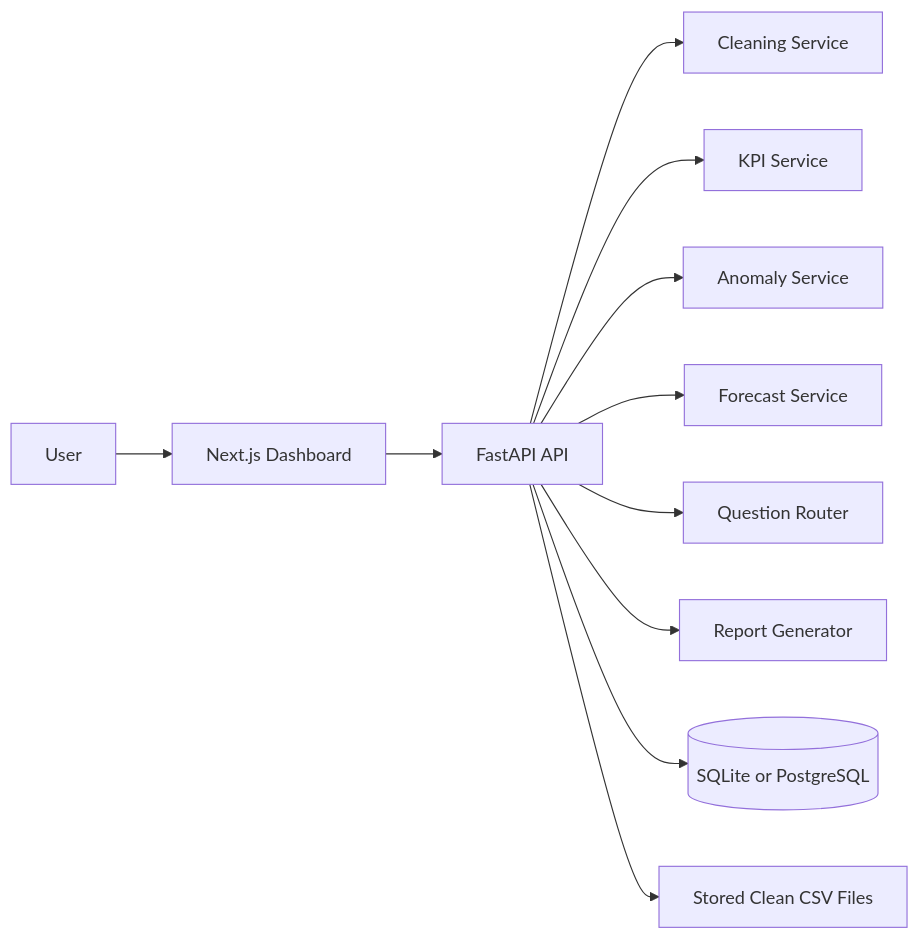
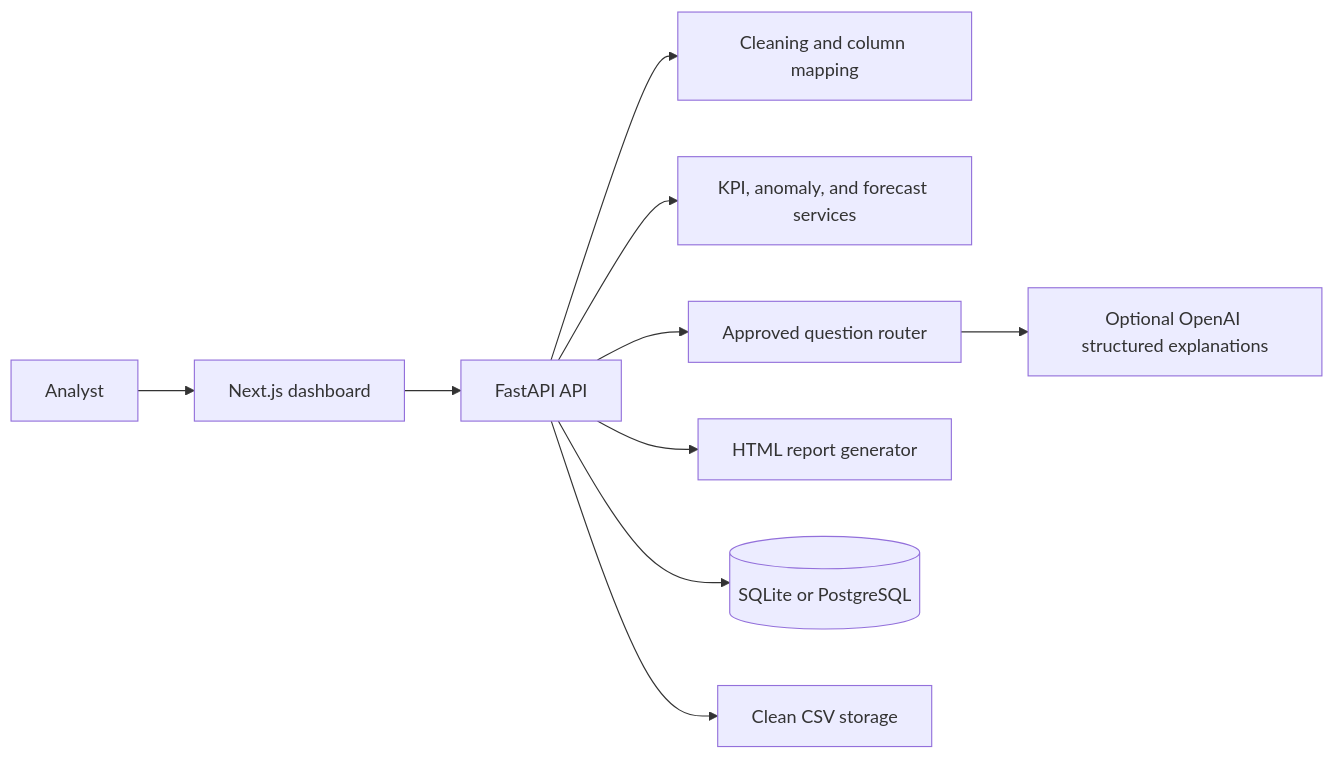
The diagram in README.md (ammar081/AI-Energy-Data-Analyst), drawn with Mermaid before and after one commit. The commit also changed other lines of this file and 39 other files, not shown here.

````diff
--- a/README.md
+++ b/README.md
@@ -28,13 +57,12 @@
 ```mermaid
 flowchart LR
-  User["User"] --> UI["Next.js Dashboard"]
+  User["Analyst"] --> UI["Next.js dashboard"]
   UI --> API["FastAPI API"]
-  API --> Cleaning["Cleaning Service"]
-  API --> KPI["KPI Service"]
-  API --> Anomaly["Anomaly Service"]
-  API --> Forecast["Forecast Service"]
-  API --> QA["Question Router"]
-  API --> Report["Report Generator"]
+  API --> Clean["Cleaning and column mapping"]
+  API --> Analytics["KPI, anomaly, and forecast services"]
+  API --> Router["Approved question router"]
+  Router --> AI["Optional OpenAI structured explanations"]
+  API --> Report["HTML report generator"]
   API --> DB[("SQLite or PostgreSQL")]
-  API --> Files["Stored Clean CSV Files"]
+  API --> Files["Clean CSV storage"]
 ```
````
